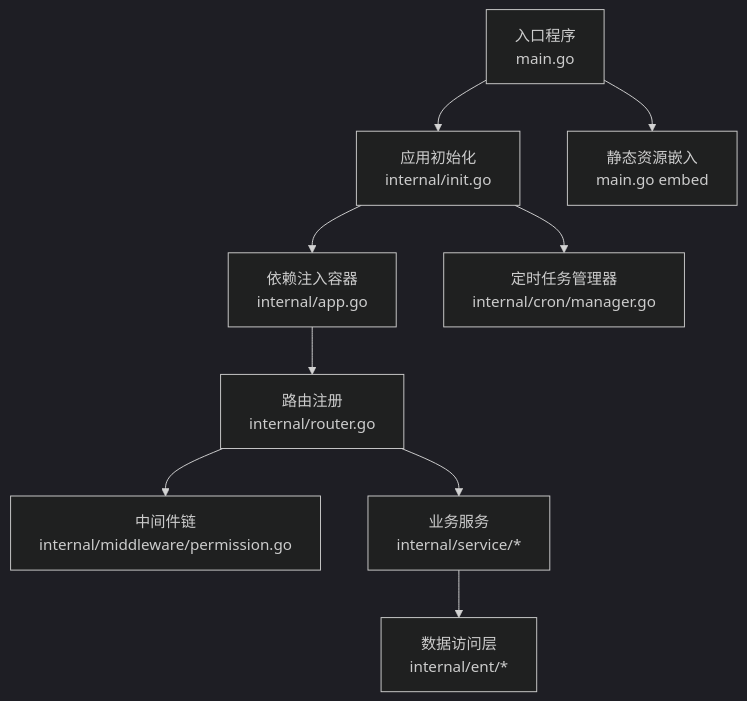
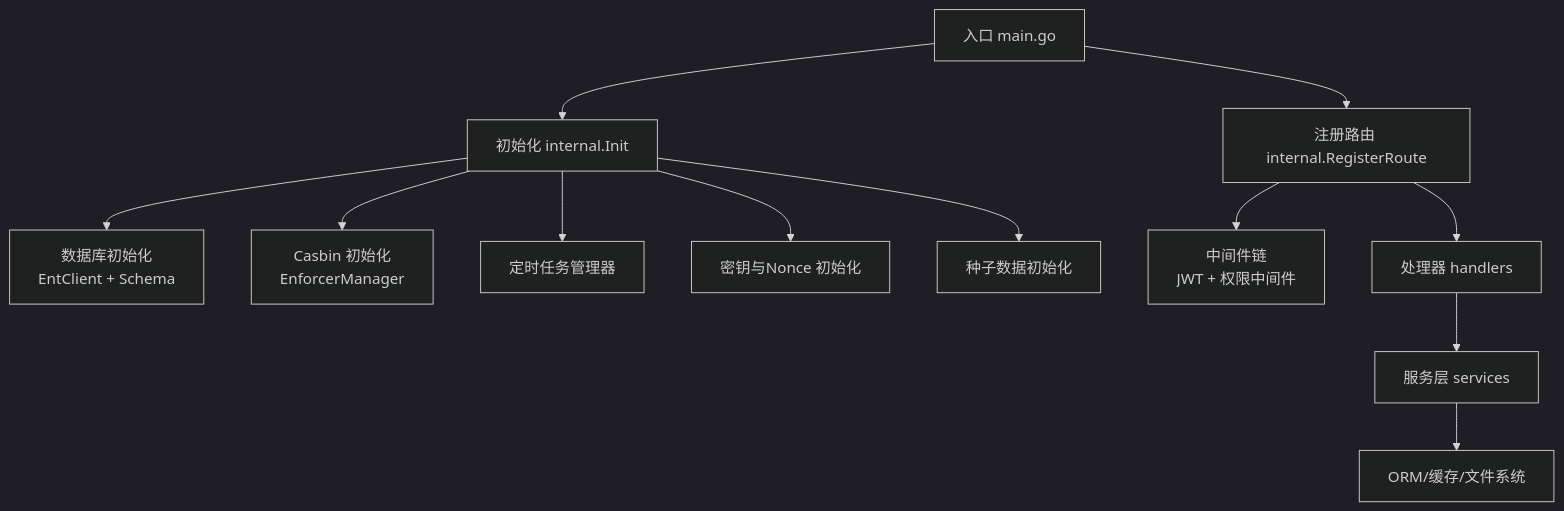
One commit to wuwuseo/e-sports-go-admin changed the first of 8 diagrams in .qoder/repowiki/zh/content/开发指南/开发指南.md. Above: the diagram before and after it, drawn with Mermaid (dark theme). The commit also changed other lines of this file and 115 other files, not shown here.

````diff
--- a/.qoder/repowiki/zh/content/开发指南/开发指南.md
+++ b/.qoder/repowiki/zh/content/开发指南/开发指南.md
@@ -55,11 +44,14 @@
 ```mermaid
 graph TB
-A["入口程序<br/>main.go"] --> B["应用初始化<br/>internal/init.go"]
-B --> C["依赖注入容器<br/>internal/app.go"]
-C --> D["路由注册<br/>internal/router.go"]
-D --> E["中间件链<br/>internal/middleware/permission.go"]
-D --> F["业务服务<br/>internal/service/*"]
-F --> G["数据访问层<br/>internal/ent/*"]
-B --> H["定时任务管理器<br/>internal/cron/manager.go"]
-A --> I["静态资源嵌入<br/>main.go embed"]
+A["入口 main.go"] --> B["初始化 internal.Init"]
+B --> C["数据库初始化<br/>EntClient + Schema"]
+B --> D["Casbin 初始化<br/>EnforcerManager"]
+B --> E["定时任务管理器"]
+B --> F["密钥与Nonce 初始化"]
+B --> G["种子数据初始化"]
+A --> H["注册路由 internal.RegisterRoute"]
+H --> I["中间件链<br/>JWT + 权限中间件"]
+H --> J["处理器 handlers"]
+J --> K["服务层 services"]
+K --> L["ORM/缓存/文件系统"]
 ```
````
